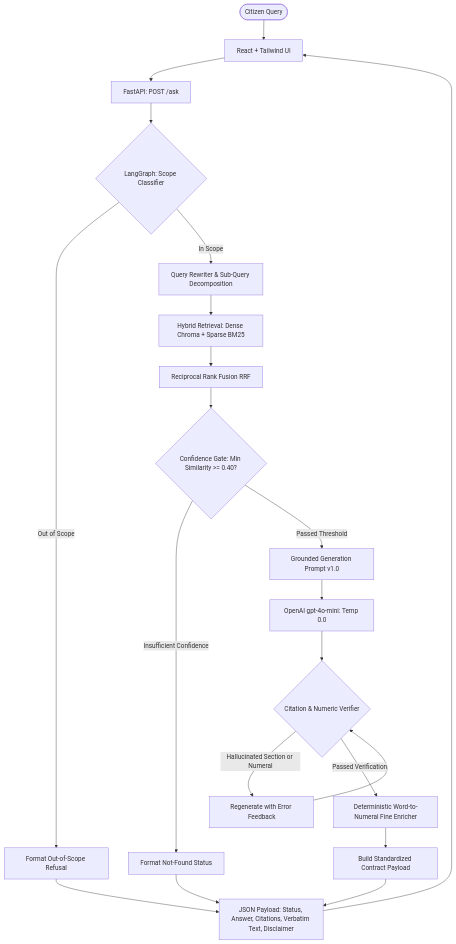
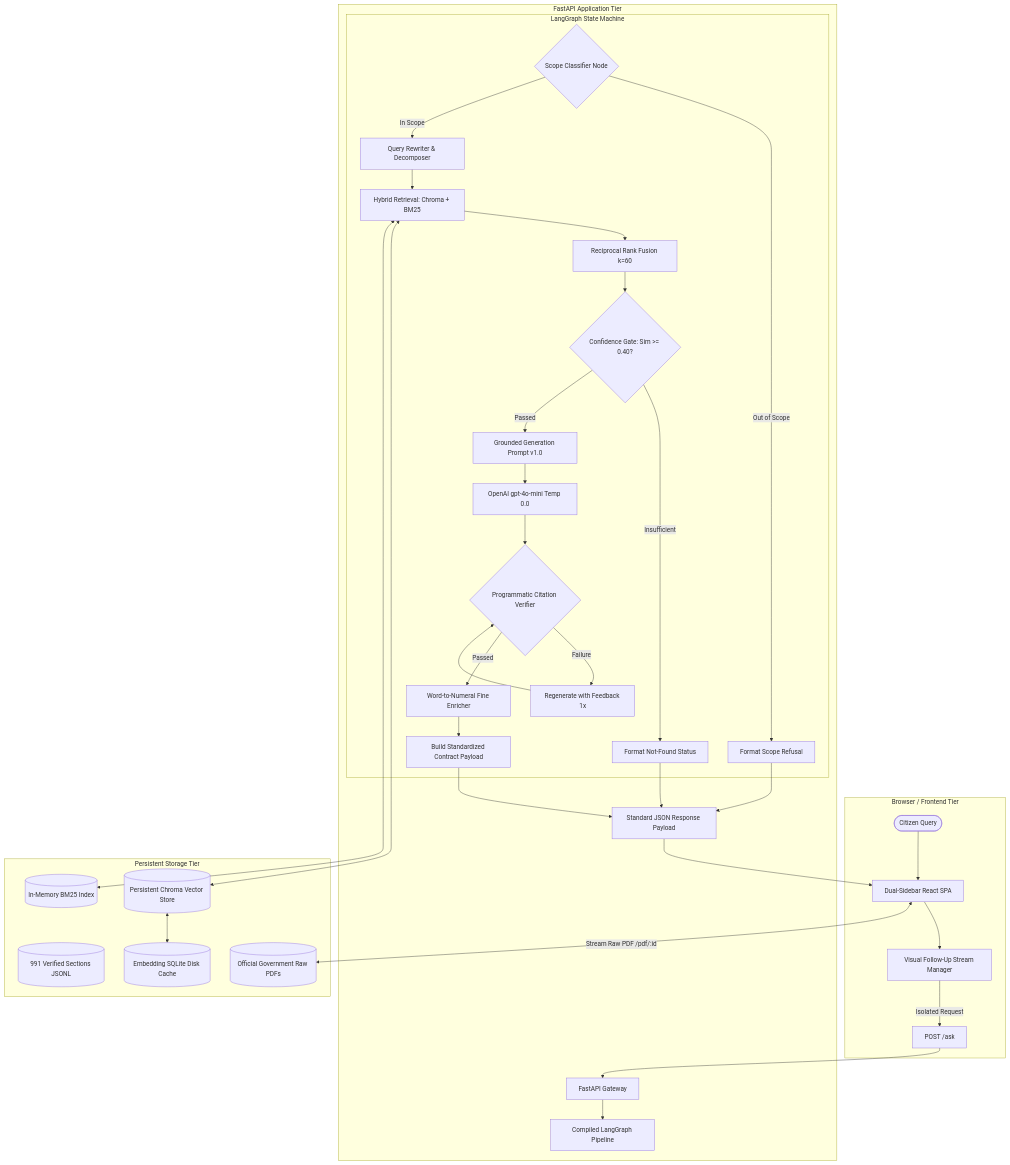
The diagram in reports/VIVA_COMPREHENSIVE_IMPLEMENTATION_REPORT.md (isuruamarasingheu/rag-motor-traffic), drawn with Mermaid before and after one commit. The commit also changed other lines of this file and 1 other file, not shown here.

Commit message:
docs: recreate VIVA_COMPREHENSIVE_IMPLEMENTATION_REPORT for final system architecture

````diff
--- a/reports/VIVA_COMPREHENSIVE_IMPLEMENTATION_REPORT.md
+++ b/reports/VIVA_COMPREHENSIVE_IMPLEMENTATION_REPORT.md
@@ -64,33 +87,53 @@
 ```mermaid
 flowchart TD
-    User([Citizen Query]) --> Frontend[React + Tailwind UI]
-    Frontend --> API[FastAPI: POST /ask]
-    API --> ScopeNode{LangGraph: Scope Classifier}
-    
-    %% Scope Branching
-    ScopeNode -- Out of Scope --> RefusalNode[Format Out-of-Scope Refusal]
-    RefusalNode --> APIResponse
-    
-    %% In-Scope Branching
-    ScopeNode -- In Scope --> QueryRewriter[Query Rewriter & Sub-Query Decomposition]
-    QueryRewriter --> RetrievalNode[Hybrid Retrieval: Dense Chroma + Sparse BM25]
-    RetrievalNode --> RRF[Reciprocal Rank Fusion RRF]
-    RRF --> GateNode{Confidence Gate: Min Similarity >= 0.40?}
-    
-    %% Confidence Gate Branching
-    GateNode -- Insufficient Confidence --> NotFoundNode[Format Not-Found Status]
-    NotFoundNode --> APIResponse
-    
-    %% Generation Branching
-    GateNode -- Passed Threshold --> GenPrompt[Grounded Generation Prompt v1.0]
-    GenPrompt --> LLM[OpenAI gpt-4o-mini: Temp 0.0]
-    LLM --> Verifier{Citation & Numeric Verifier}
-    
-    %% Verifier Branching
-    Verifier -- Hallucinated Section or Numeral --> Regen[Regenerate with Error Feedback]
-    Regen --> Verifier
-    Verifier -- Passed Verification --> Enricher[Deterministic Word-to-Numeral Fine Enricher]
-    Enricher --> RespondNode[Build Standardized Contract Payload]
-    RespondNode --> APIResponse[JSON Payload: Status, Answer, Citations, Verbatim Text, Disclaimer]
-    APIResponse --> Frontend
+    subgraph Client [Browser / Frontend Tier]
+        User([Citizen Query]) --> UI[Dual-Sidebar React SPA]
+        UI --> StreamManager[Visual Follow-Up Stream Manager]
+        StreamManager -->|Isolated Request| APICall[POST /ask]
+    end
+
+    subgraph Backend [FastAPI Application Tier]
+        APICall --> API[FastAPI Gateway]
+        API --> LangGraph[Compiled LangGraph Pipeline]
+        
+        subgraph GraphWorkflow [LangGraph State Machine]
+            ScopeCheck{Scope Classifier Node}
+            ScopeCheck -- Out of Scope --> RefusalNode[Format Scope Refusal]
+            
+            ScopeCheck -- In Scope --> QueryRewriter[Query Rewriter & Decomposer]
+            QueryRewriter --> HybridRetrieval[Hybrid Retrieval: Chroma + BM25]
+            HybridRetrieval --> RRF[Reciprocal Rank Fusion k=60]
+            RRF --> ConfGate{Confidence Gate: Sim >= 0.40?}
+            
+            ConfGate -- Insufficient --> NotFoundNode[Format Not-Found Status]
+            
+            ConfGate -- Passed --> GenPrompt[Grounded Generation Prompt v1.0]
+            GenPrompt --> Generator[OpenAI gpt-4o-mini Temp 0.0]
+            Generator --> CitationVerifier{Programmatic Citation Verifier}
+            
+            CitationVerifier -- Failure --> RetryGen[Regenerate with Feedback 1x]
+            RetryGen --> CitationVerifier
+            
+            CitationVerifier -- Passed --> FineEnricher[Word-to-Numeral Fine Enricher]
+            FineEnricher --> RespondNode[Build Standardized Contract Payload]
+        end
+        
+        RefusalNode --> ResponseContract
+        NotFoundNode --> ResponseContract
+        RespondNode --> ResponseContract[Standard JSON Response Payload]
+    end
+
+    subgraph DataTier [Persistent Storage Tier]
+        ChromaDB[(Persistent Chroma Vector Store)]
+        BM25Index[(In-Memory BM25 Index)]
+        CorpusDB[(991 Verified Sections JSONL)]
+        SQLiteCache[(Embedding SQLite Disk Cache)]
+        PDFStore[(Official Government Raw PDFs)]
+    end
+
+    HybridRetrieval <--> ChromaDB
+    HybridRetrieval <--> BM25Index
+    ChromaDB <--> SQLiteCache
+    ResponseContract --> UI
+    UI <-->|Stream Raw PDF /pdf/:id| PDFStore
 ```
````
